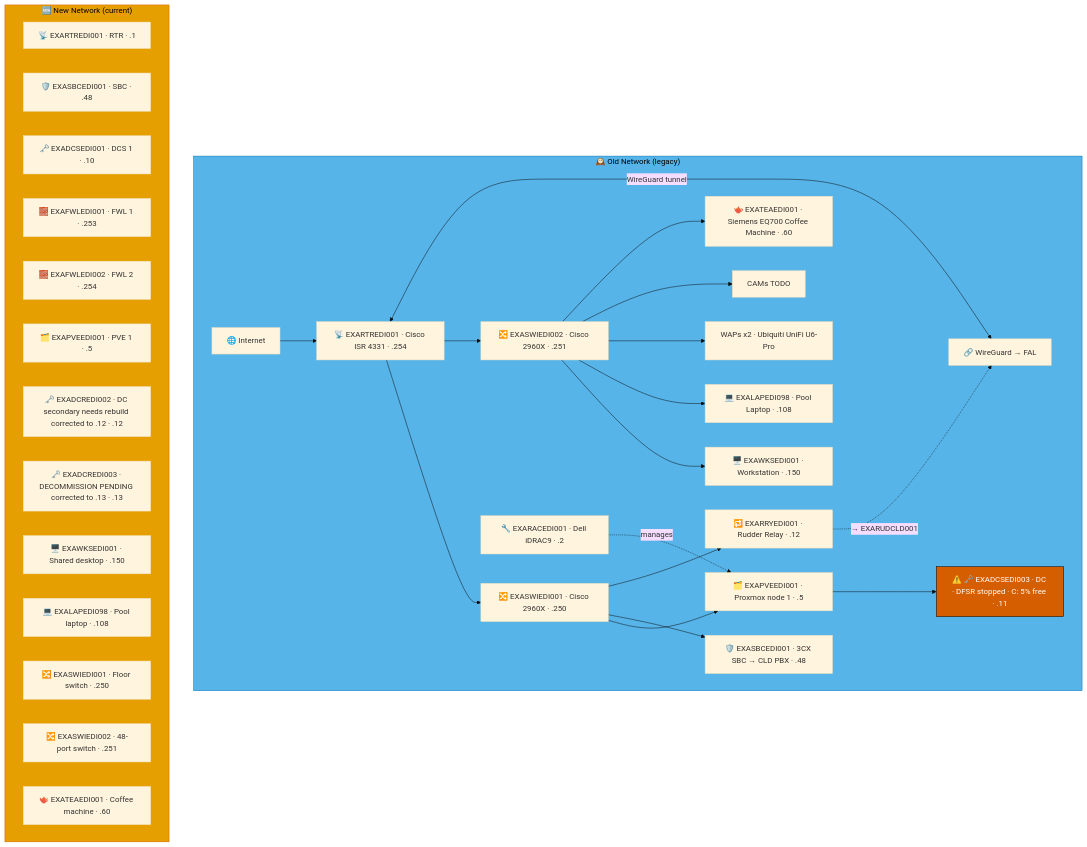
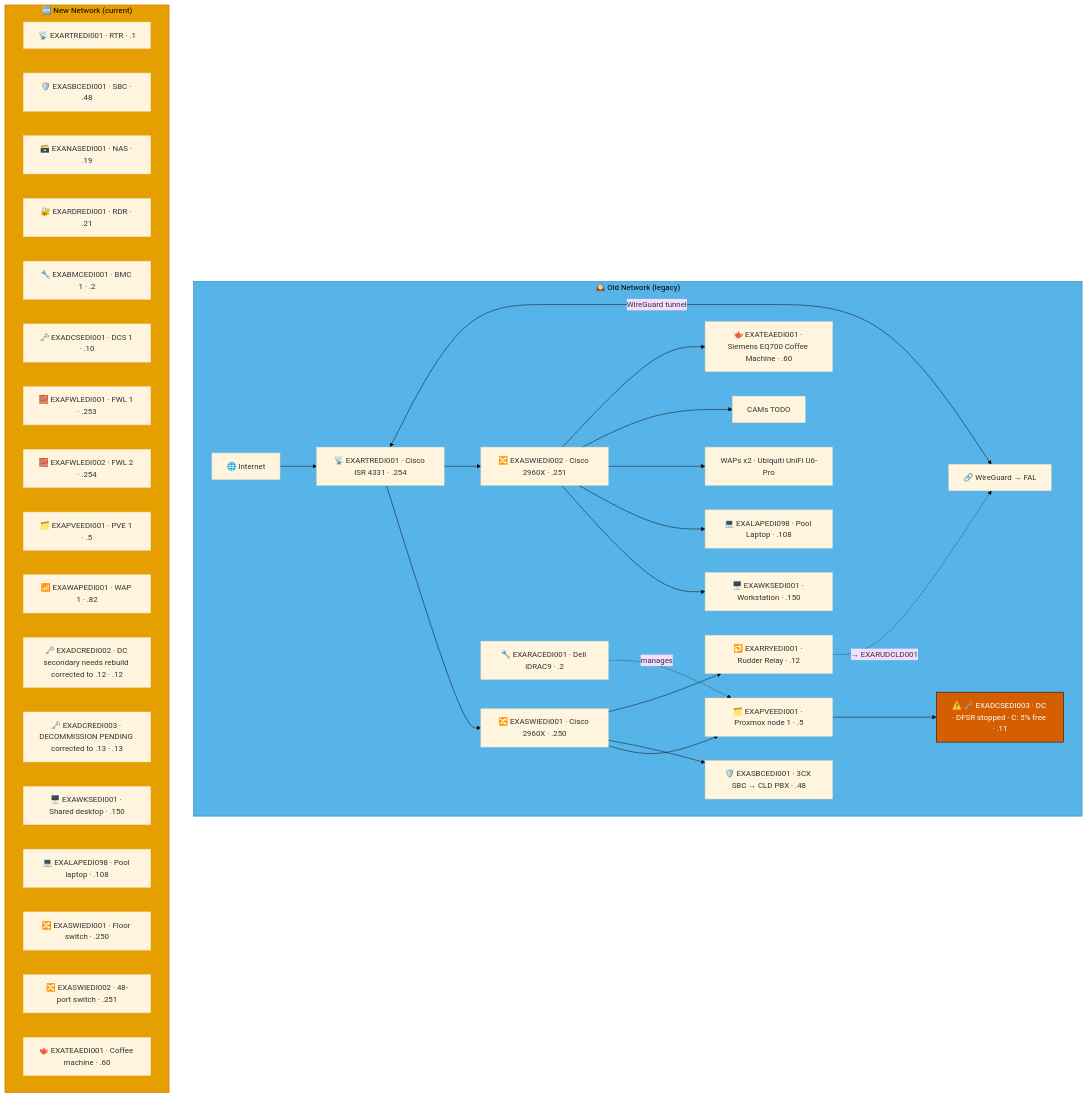
One commit to knightmare2600/example_music_infra changed the second of 7 diagrams in docs/network-diagram/scotland.md. Above: the diagram before and after it, drawn with Mermaid (base theme). The commit also changed other lines of this file and 15 other files, not shown here.

````diff
--- a/docs/network-diagram/scotland.md
+++ b/docs/network-diagram/scotland.md
@@ -176,51 +178,55 @@
 ```mermaid
 graph TD
     subgraph OLD_EDI ["🕰️ Old Network (legacy)"]
       INET["🌐 Internet"]
       RTR["📡 EXARTREDI001 · Cisco ISR 4331 · .254"]
       SW1["🔀 EXASWIEDI001 · Cisco 2960X · .250"]
       SW2["🔀 EXASWIEDI002 · Cisco 2960X · .251"]
       RAC["🔧 EXARACEDI001 · Dell iDRAC9 · .2"]
       PVE["🗂️ EXAPVEEDI001 · Proxmox node 1 · .5"]
       DC["⚠️ 🗝️ EXADCSEDI003 · DC · DFSR stopped · C: 5% free · .11"]
       SBC["🛡️ EXASBCEDI001 · 3CX SBC → CLD PBX · .48"]
       RRY["🔁 EXARRYEDI001 · Rudder Relay · .12"]
       WKS["🖥️ EXAWKSEDI001 · Workstation · .150"]
       LAP["💻 EXALAPEDI098 · Pool Laptop · .108"]
       WAP["WAPs x2 · Ubiquiti UniFi U6-Pro"]
       CAM["CAMs TODO"]
       COF["🫖 EXATEAEDI001 · Siemens EQ700 Coffee Machine · .60"]
       VPN["🔗 WireGuard → FAL"]
 
       INET --> RTR --> SW1 & SW2
       SW1 --> PVE --> DC
       SW1 --> SBC
       RAC -.->|"manages"| PVE
       SW2 --> WKS & LAP & WAP & CAM & COF
       RTR <-->|"WireGuard tunnel"| VPN
 
       SW1 --> RRY
       RRY -. "→ EXARUDCLD001" .-> VPN
     end
     style OLD_EDI fill:#56B4E9,stroke:#0072B2,color:#000000
     %% GENERATED:NEW-NETWORK:EDI:START
     subgraph NEW_EDI ["🆕 New Network (current)"]
       N_RTR["📡 EXARTREDI001 · RTR · .1"]
       N_SBC["🛡️ EXASBCEDI001 · SBC · .48"]
+      N_NAS["🗃️ EXANASEDI001 · NAS · .19"]
+      N_RDR["🔐 EXARDREDI001 · RDR · .21"]
+      N_BMC["🔧 EXABMCEDI001 · BMC 1 · .2"]
       N_DCS["🗝️ EXADCSEDI001 · DCS 1 · .10"]
       N_FWL["🧱 EXAFWLEDI001 · FWL 1 · .253"]
       N_FWL2["🧱 EXAFWLEDI002 · FWL 2 · .254"]
       N_PVE["🗂️ EXAPVEEDI001 · PVE 1 · .5"]
+      N_WAP["📶 EXAWAPEDI001 · WAP 1 · .82"]
       N_DCR["🗝️ EXADCREDI002 · DC secondary needs rebuild corrected to .12 · .12"]
       N_DCR2["🗝️ EXADCREDI003 · DECOMMISSION PENDING corrected to .13 · .13"]
       N_WKS["🖥️ EXAWKSEDI001 · Shared desktop · .150"]
       N_LAP["💻 EXALAPEDI098 · Pool laptop · .108"]
       N_SWI["🔀 EXASWIEDI001 · Floor switch · .250"]
       N_SWI2["🔀 EXASWIEDI002 · 48-port switch · .251"]
       N_TEA["🫖 EXATEAEDI001 · Coffee machine · .60"]
     end
     style NEW_EDI fill:#E69F00,stroke:#D55E00,color:#000000
     %% GENERATED:NEW-NETWORK:EDI:END
     classDef warn fill:#D55E00,stroke:#000000,color:#ffffff
     class DC warn
 ```
````
